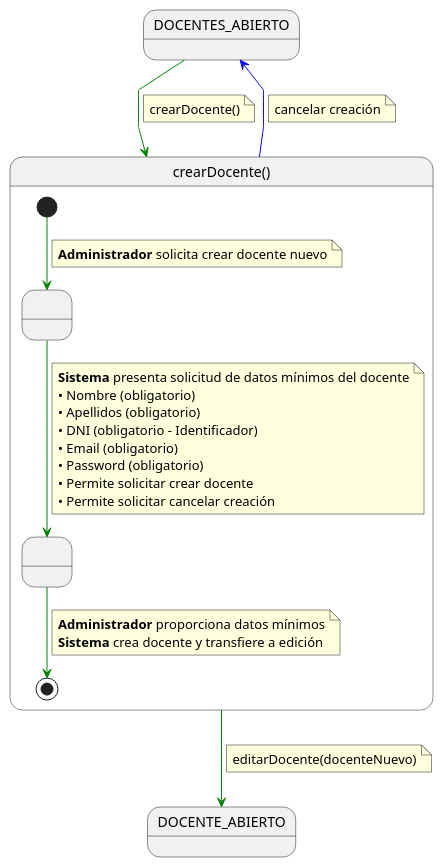
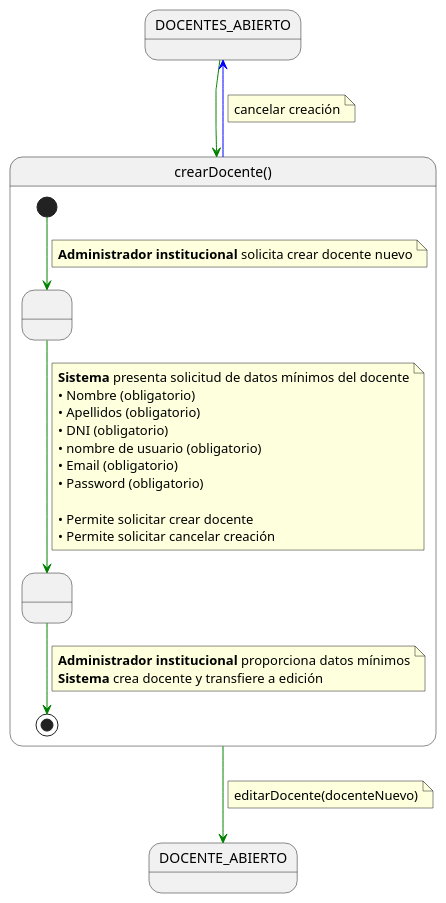
The diagram in documents/casos-de-uso/detalladoCasosDeUso/crearDocente/crearDocente.puml (martinlopez7/25-26-IdSw1-SdR), drawn with PlantUML before and after one commit. The commit also changed 13 other files, not shown here.

```diff
--- a/documents/casos-de-uso/detalladoCasosDeUso/crearDocente/crearDocente.puml
+++ b/documents/casos-de-uso/detalladoCasosDeUso/crearDocente/crearDocente.puml
@@ -1,58 +1,50 @@
 @startuml crearDocente
 
 skinparam linetype polyline
 
-' 1. ESTADO PREVIO (Contexto de origen)
 state DOCENTES_ABIERTO
 
-' 2. TRANSICIÓN DE ENTRADA
 DOCENTES_ABIERTO -[#green]-> crearDocente
-note on link
-crearDocente()
-end note
 
-' 3. EL CASO DE USO (Caja negra detallada)
 state crearDocente as "crearDocente()" {
 
     state " " as SolicitandoDatos
     state " " as CreandoDocente
 
     [*] -[#green]-> SolicitandoDatos 
     note on link
-    <b>Administrador</b> solicita crear docente nuevo
+    <b>Administrador institucional</b> solicita crear docente nuevo
     end note    
     
     SolicitandoDatos -[#green]-> CreandoDocente
     note on link
     <b>Sistema</b> presenta solicitud de datos mínimos del docente
     • Nombre (obligatorio)
     • Apellidos (obligatorio)
-    • DNI (obligatorio - Identificador)
+    • DNI (obligatorio)
+    • nombre de usuario (obligatorio)
     • Email (obligatorio)
     • Password (obligatorio)
+    
     • Permite solicitar crear docente
     • Permite solicitar cancelar creación
     end note
     
     CreandoDocente -[#green]-> [*]
     note on link
-    <b>Administrador</b> proporciona datos mínimos
+    <b>Administrador institucional</b> proporciona datos mínimos
     <b>Sistema</b> crea docente y transfiere a edición
     end note
 }
 
-' 4. SALIDAS DEL CASO DE USO
-
-' Flujo Exitoso: Transición inmediata a Edición/Detalle
 crearDocente -[#green]-> DOCENTE_ABIERTO
 note on link
 editarDocente(docenteNuevo)
 end note
 
-' Flujo Alternativo: Cancelación y vuelta al listado
 crearDocente -[#blue]-> DOCENTES_ABIERTO
 note on link
 cancelar creación
 end note
 
 @enduml
```
